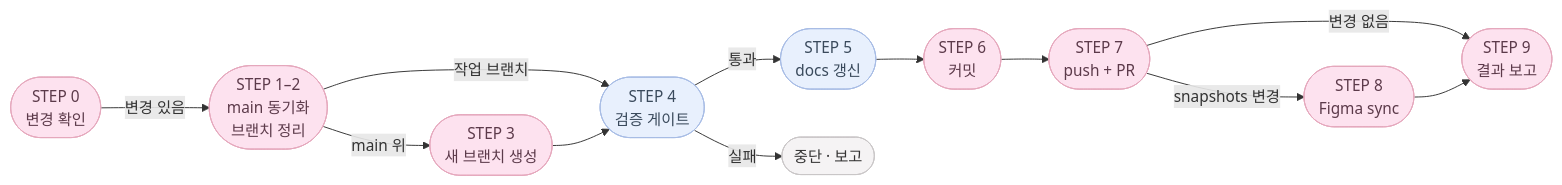
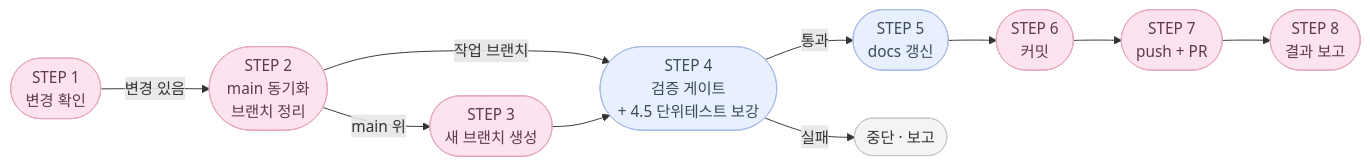
The diagram in README.ko.md (soojjung/dwee-wellness-tracker), drawn with Mermaid before and after one commit. The commit also changed other lines of this file and 169 other files, not shown here.

````diff
--- a/README.ko.md
+++ b/README.ko.md
@@ -111,31 +114,28 @@
 ```mermaid
 flowchart LR
-    S0([STEP 0\n변경 확인])
-    S1([STEP 1–2\nmain 동기화\n브랜치 정리])
-    S2([STEP 3\n새 브랜치 생성])
-    S3([STEP 4\n검증 게이트])
-    S4([STEP 5\ndocs 갱신])
-    S5([STEP 6\n커밋])
-    S6([STEP 7\npush + PR])
-    S7([STEP 8\nFigma sync])
-    S8([STEP 9\n결과 보고])
+    S1(["STEP 1\n변경 확인"])
+    S2(["STEP 2\nmain 동기화\n브랜치 정리"])
+    S3(["STEP 3\n새 브랜치 생성"])
+    S4(["STEP 4\n검증 게이트\n+ 4.5 단위테스트 보강"])
+    S5(["STEP 5\ndocs 갱신"])
+    S6(["STEP 6\n커밋"])
+    S7(["STEP 7\npush + PR"])
+    S8(["STEP 8\n결과 보고"])
 
-    S0 -->|변경 있음| S1
-    S1 -->|main 위| S2
-    S1 -->|작업 브랜치| S3
-    S2 --> S3
-    S3 -->|통과| S4
-    S3 -->|실패| X([중단 · 보고])
-    S4 --> S5
+    S1 -->|"변경 있음"| S2
+    S2 -->|"main 위"| S3
+    S2 -->|"작업 브랜치"| S4
+    S3 --> S4
+    S4 -->|"통과"| S5
+    S4 -->|"실패"| X(["중단 · 보고"])
     S5 --> S6
-    S6 -->|snapshots 변경| S7
-    S6 -->|변경 없음| S8
+    S6 --> S7
     S7 --> S8
 
     classDef step fill:#FDE2EF,stroke:#E5A8BD,color:#5C3A4A;
     classDef gate fill:#E8F0FD,stroke:#A8BDE5,color:#3A4A5C;
     classDef stop fill:#F5F3F4,stroke:#C9C6C7,color:#353434;
-    class S0,S1,S2,S5,S6,S7,S8 step;
-    class S3,S4 gate;
+    class S1,S2,S3,S6,S7,S8 step;
+    class S4,S5 gate;
     class X stop;
 ```
````
